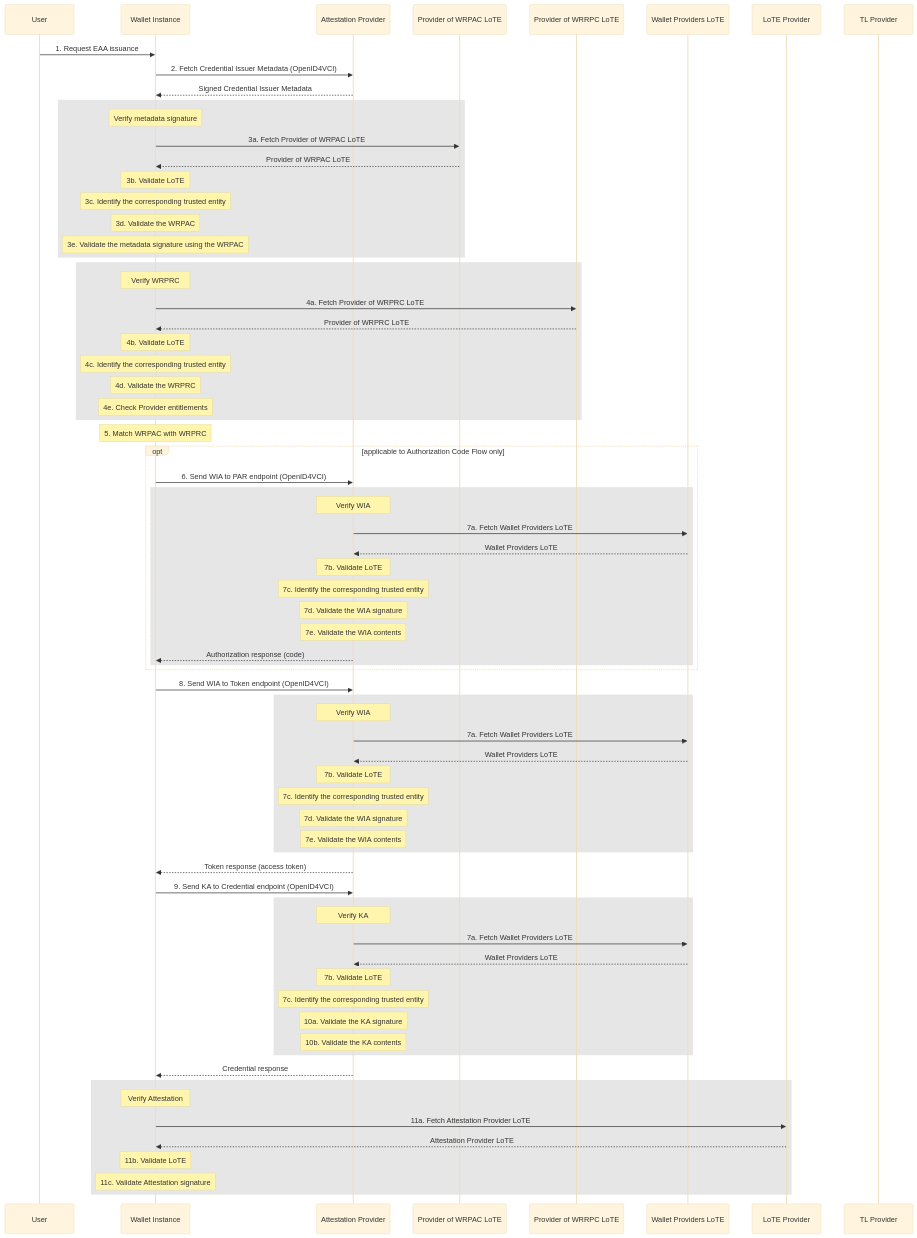
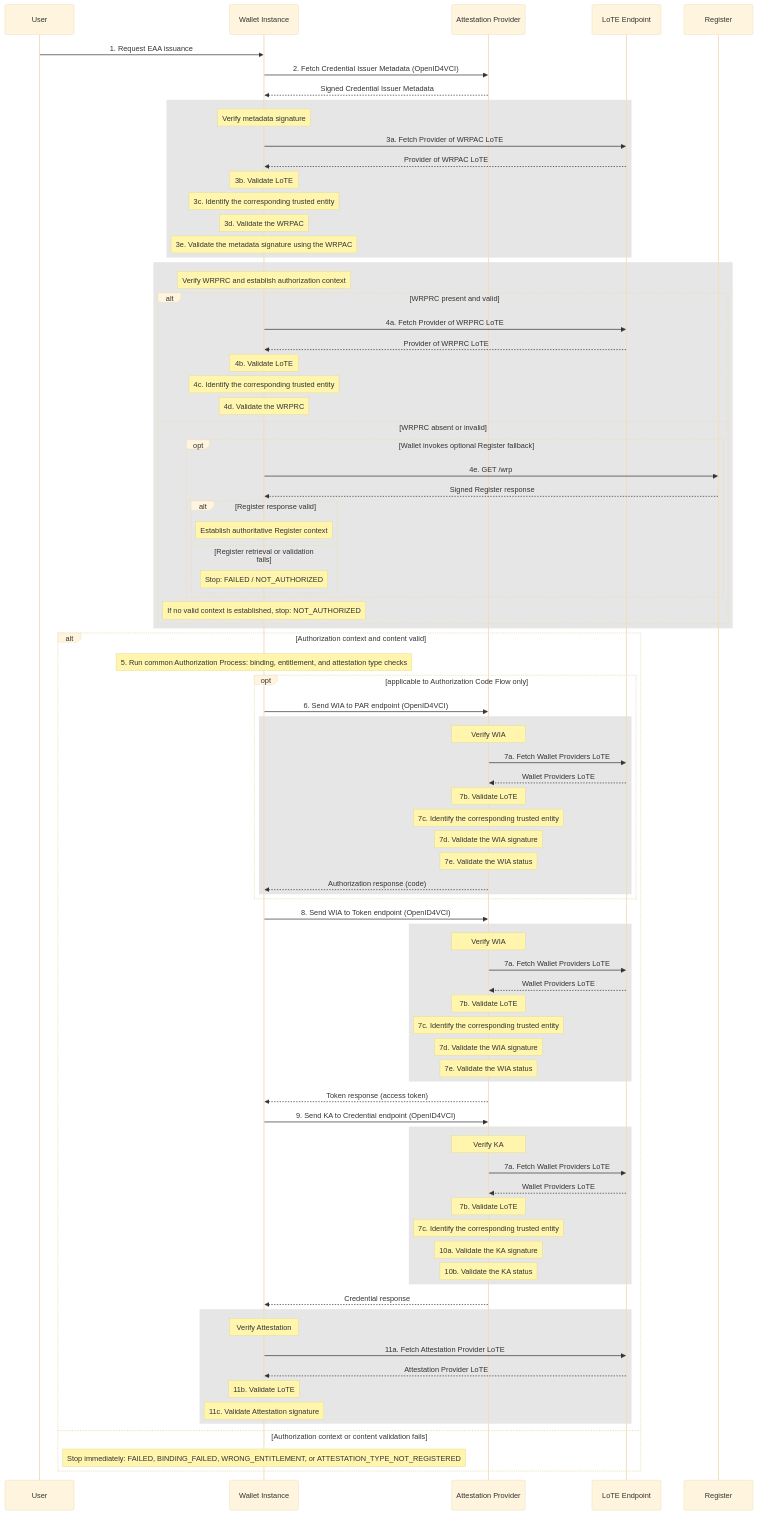
Before and after one commit to APTITUDE-Consortium/wp2-trust-specifications: the diagram in docs/topics/trust-checks-issuance.md, drawn with Mermaid (base theme). The commit also changed other lines of this file and 1 other file, not shown here.

Commit message:
chore: authz update pt2

````diff
--- a/docs/topics/trust-checks-issuance.md
+++ b/docs/topics/trust-checks-issuance.md
@@ -5,20 +5,17 @@
     participant User
     participant Wallet as Wallet Instance
     participant EAAProvider as Attestation Provider
-    participant WRPACLoTE as Provider of WRPAC LoTE
-    participant WRPCLoTE as Provider of WRRPC LoTE
-    participant WProvider as Wallet Providers LoTE
-    participant LoTL as LoTE Provider
-    participant TL as TL Provider
+    participant LoTE as LoTE Endpoint
+    participant Register as Register
 
     User->>Wallet: 1. Request EAA issuance
     Wallet->>EAAProvider: 2. Fetch Credential Issuer Metadata (OpenID4VCI)
     EAAProvider-->>Wallet: Signed Credential Issuer Metadata
- 
+
     rect rgb(230, 230, 230)
     Note over Wallet: Verify metadata signature
-    Wallet->>WRPACLoTE: 3a. Fetch Provider of WRPAC LoTE
-    WRPACLoTE-->>Wallet: Provider of WRPAC LoTE
+    Wallet->>LoTE: 3a. Fetch Provider of WRPAC LoTE
+    LoTE-->>Wallet: Provider of WRPAC LoTE
     Note over Wallet: 3b. Validate LoTE
     Note over Wallet: 3c. Identify the corresponding trusted entity
     Note over Wallet: 3d. Validate the WRPAC
@@ -26,27 +23,40 @@
     end
 
     rect rgb(230, 230, 230)
-    Note over Wallet: Verify WRPRC
-    Wallet->>WRPCLoTE: 4a. Fetch Provider of WRPRC LoTE
-    WRPCLoTE-->>Wallet: Provider of  WRPRC LoTE
-    Note over Wallet: 4b. Validate LoTE
-    Note over Wallet: 4c. Identify the corresponding trusted entity
-    Note over Wallet: 4d. Validate the WRPRC
-    Note over Wallet: 4e. Check Provider entitlements
+    Note over Wallet: Verify WRPRC and establish authorization context
+    alt WRPRC present and valid
+        Wallet->>LoTE: 4a. Fetch Provider of WRPRC LoTE
+        LoTE-->>Wallet: Provider of WRPRC LoTE
+        Note over Wallet: 4b. Validate LoTE
+        Note over Wallet: 4c. Identify the corresponding trusted entity
+        Note over Wallet: 4d. Validate the WRPRC
+    else WRPRC absent or invalid
+        opt Wallet invokes optional Register fallback
+            Wallet->>Register: 4e. GET /wrp
+            Register-->>Wallet: Signed Register response
+            alt Register response valid
+                Note over Wallet: Establish authoritative Register context
+            else Register retrieval or validation fails
+                Note over Wallet: Stop: FAILED / NOT_AUTHORIZED
+            end
+        end
+        Note over Wallet: If no valid context is established, stop: NOT_AUTHORIZED
     end
-   
-    Note over Wallet: 5. Match WRPAC with WRPRC
+    end
+
+    alt Authorization context and content valid
+    Note over Wallet: 5. Run common Authorization Process: binding, entitlement, and attestation type checks
     opt applicable to Authorization Code Flow only
         Wallet->>EAAProvider: 6. Send WIA to PAR endpoint (OpenID4VCI)
 
         rect rgb(230, 230, 230)
         Note over EAAProvider: Verify WIA
-        EAAProvider->>WProvider: 7a. Fetch Wallet Providers LoTE
-        WProvider-->>EAAProvider: Wallet Providers LoTE
+        EAAProvider->>LoTE: 7a. Fetch Wallet Providers LoTE
+        LoTE-->>EAAProvider: Wallet Providers LoTE
         Note over EAAProvider: 7b. Validate LoTE
         Note over EAAProvider: 7c. Identify the corresponding trusted entity
         Note over EAAProvider: 7d. Validate the WIA signature
-        Note over EAAProvider: 7e. Validate the WIA contents
+        Note over EAAProvider: 7e. Validate the WIA status
         EAAProvider-->>Wallet: Authorization response (code)
         end
     end
@@ -55,12 +65,12 @@
 
     rect rgb(230, 230, 230)
     Note over EAAProvider: Verify WIA
-    EAAProvider->>WProvider: 7a. Fetch Wallet Providers LoTE
-    WProvider-->>EAAProvider: Wallet Providers LoTE
+    EAAProvider->>LoTE: 7a. Fetch Wallet Providers LoTE
+    LoTE-->>EAAProvider: Wallet Providers LoTE
     Note over EAAProvider: 7b. Validate LoTE
     Note over EAAProvider: 7c. Identify the corresponding trusted entity
     Note over EAAProvider: 7d. Validate the WIA signature
-    Note over EAAProvider: 7e. Validate the WIA contents
+    Note over EAAProvider: 7e. Validate the WIA status
     end
     EAAProvider-->>Wallet: Token response (access token)
 
@@ -68,20 +78,23 @@
 
     rect rgb(230, 230, 230)
     Note over EAAProvider: Verify KA
-    EAAProvider->>WProvider: 7a. Fetch Wallet Providers LoTE
-    WProvider-->>EAAProvider: Wallet Providers LoTE
+    EAAProvider->>LoTE: 7a. Fetch Wallet Providers LoTE
+    LoTE-->>EAAProvider: Wallet Providers LoTE
     Note over EAAProvider: 7b. Validate LoTE
     Note over EAAProvider: 7c. Identify the corresponding trusted entity
     Note over EAAProvider: 10a. Validate the KA signature
-    Note over EAAProvider: 10b. Validate the KA contents
+    Note over EAAProvider: 10b. Validate the KA status
     end
     EAAProvider-->>Wallet: Credential response
 
     rect rgb(230, 230, 230)
     Note over Wallet: Verify Attestation
-    Wallet->>LoTL: 11a. Fetch Attestation Provider LoTE
-    LoTL-->>Wallet: Attestation Provider LoTE
+    Wallet->>LoTE: 11a. Fetch Attestation Provider LoTE
+    LoTE-->>Wallet: Attestation Provider LoTE
     Note over Wallet: 11b. Validate LoTE
     Note over Wallet: 11c. Validate Attestation signature
     end
+    else Authorization context or content validation fails
+        Note over Wallet: Stop immediately: FAILED, BINDING_FAILED, WRONG_ENTITLEMENT, or ATTESTATION_TYPE_NOT_REGISTERED
+    end
 ```
````
